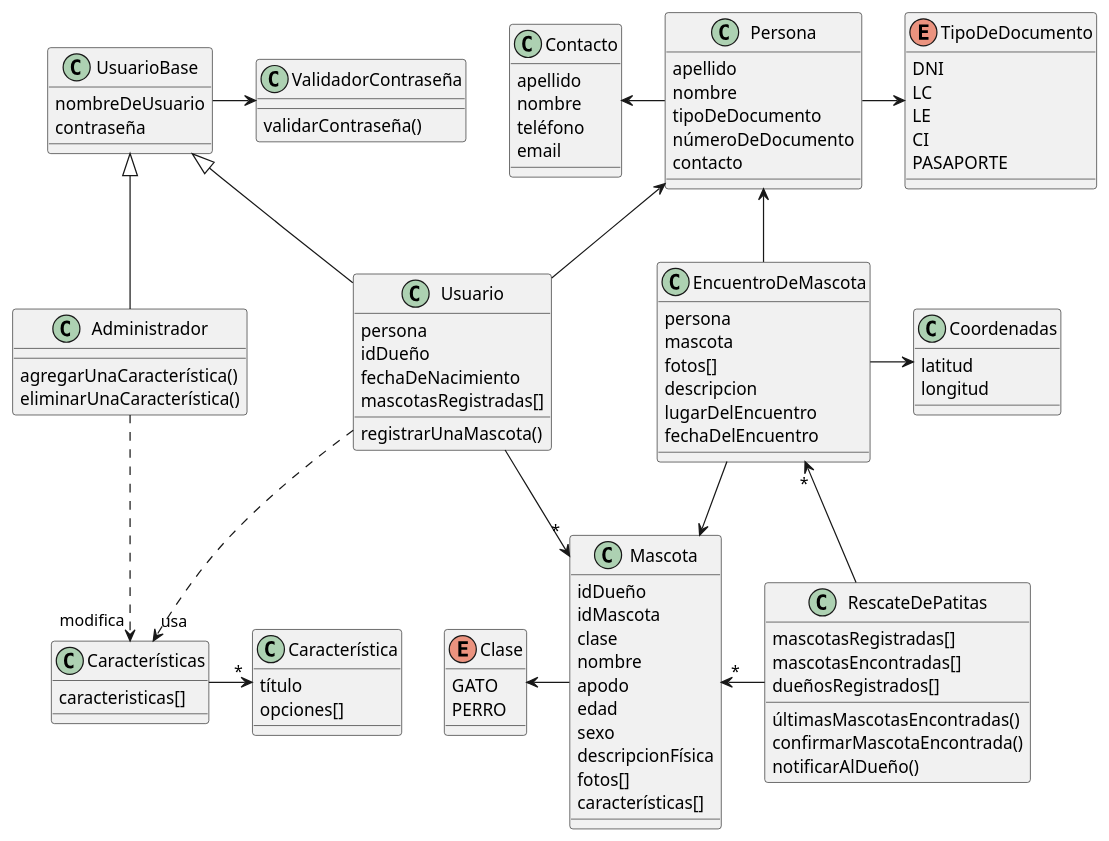
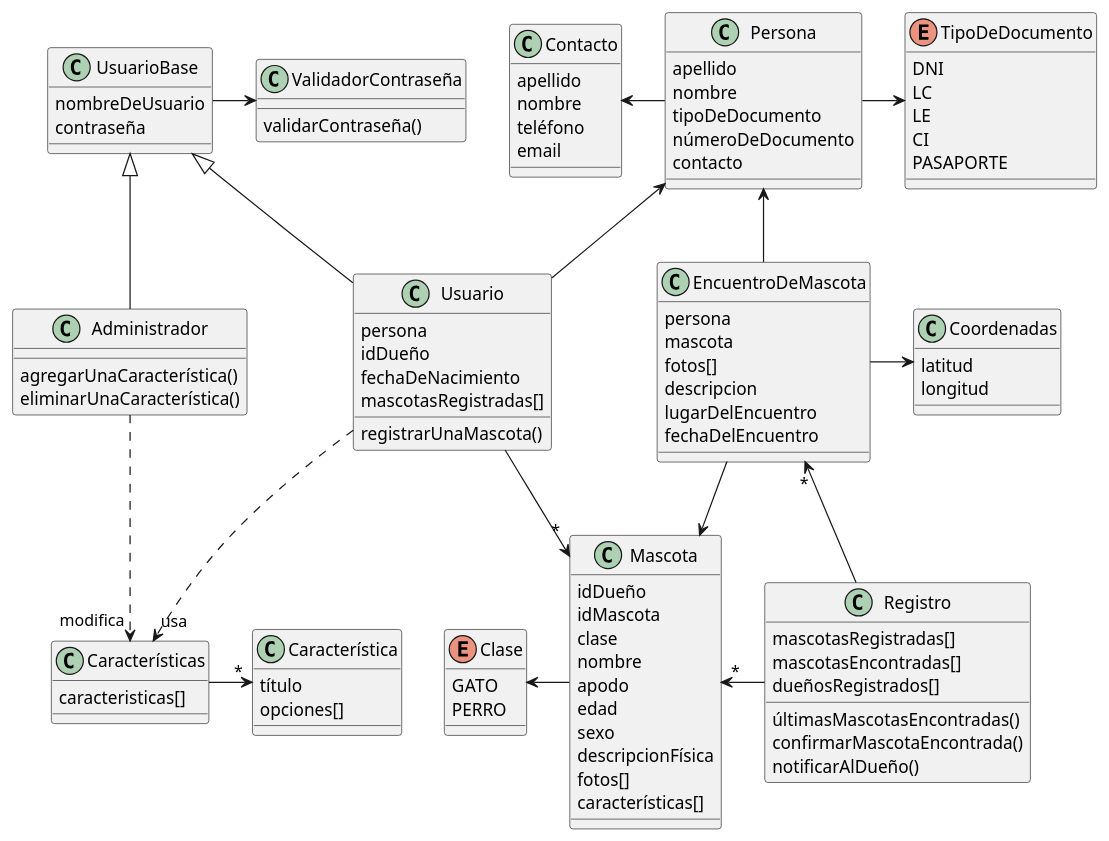
One commit to aleeherasimiuk/RescateDePatitas changed the diagram in diagramaDeClases.plantuml. Above: the diagram before and after it, drawn with PlantUML. The commit also changed 1 other file, not shown here.

Commit message:
Cambio de nombre de RescateDePatitas a Registro en UML + creacion clase Registro

```diff
--- a/diagramaDeClases.plantuml
+++ b/diagramaDeClases.plantuml
@@ -1,130 +1,129 @@
 @startuml RescateDePatitas
 
 
 class Persona{
   apellido
   nombre
   tipoDeDocumento
   númeroDeDocumento
   contacto
 
 }
 
 class Contacto{
   apellido
   nombre
   teléfono
   email
 }
 
 class Mascota{
   idDueño
   idMascota
   clase
   nombre
   apodo
   edad
   sexo
   descripcionFísica
   fotos[]
   características[]
 }
 
 enum Clase{
   GATO
   PERRO
 }
 
 
 enum TipoDeDocumento{
   DNI
   LC /' Libreta Cívica '/
   LE /' Libreta de Enrolamiento '/
   CI /' Cédula de Identidad '/
   PASAPORTE
 }
 
 
 
 class EncuentroDeMascota{
   persona
   mascota
   fotos[]
   descripcion
   lugarDelEncuentro
   fechaDelEncuentro
 
 }
 
 class Coordenadas{
   latitud
   longitud
 }
 
 class UsuarioBase{
   nombreDeUsuario
   contraseña
 }
 
 class Administrador{
 
   agregarUnaCaracterística()
   eliminarUnaCaracterística()
 
 }
 
 class Usuario{
   persona
   idDueño
   fechaDeNacimiento
   mascotasRegistradas[]
   registrarUnaMascota()
 }
 
 
-class RescateDePatitas{
-
+class Registro{
   mascotasRegistradas[]
   mascotasEncontradas[]
   dueñosRegistrados[]
   últimasMascotasEncontradas()
   confirmarMascotaEncontrada()
   notificarAlDueño()
 }
 
 
 class Característica{
   título
   opciones[]
 }
 
 class Características{
   caracteristicas[]
 }
 
 class ValidadorContraseña{
   validarContraseña()
 }
 
 
 UsuarioBase -> ValidadorContraseña
 Usuario -u-|> UsuarioBase
 EncuentroDeMascota -u-> Persona
 EncuentroDeMascota -d-> Mascota
-RescateDePatitas -l-> "*" Mascota
-RescateDePatitas -l-> "*" EncuentroDeMascota
+Registro -l-> "*" Mascota
+Registro -l-> "*" EncuentroDeMascota
 Persona -> TipoDeDocumento
 Usuario -u-> Persona
 Persona -l-> Contacto
 Mascota -l-> Clase
 Usuario -d->"*" Mascota
 Administrador -u-|> UsuarioBase
 EncuentroDeMascota -> Coordenadas
 Características ->"*" Característica
 Usuario ..>"usa" Características
 Administrador ..>"modifica" Características
 
 
 
 
 @enduml
```
